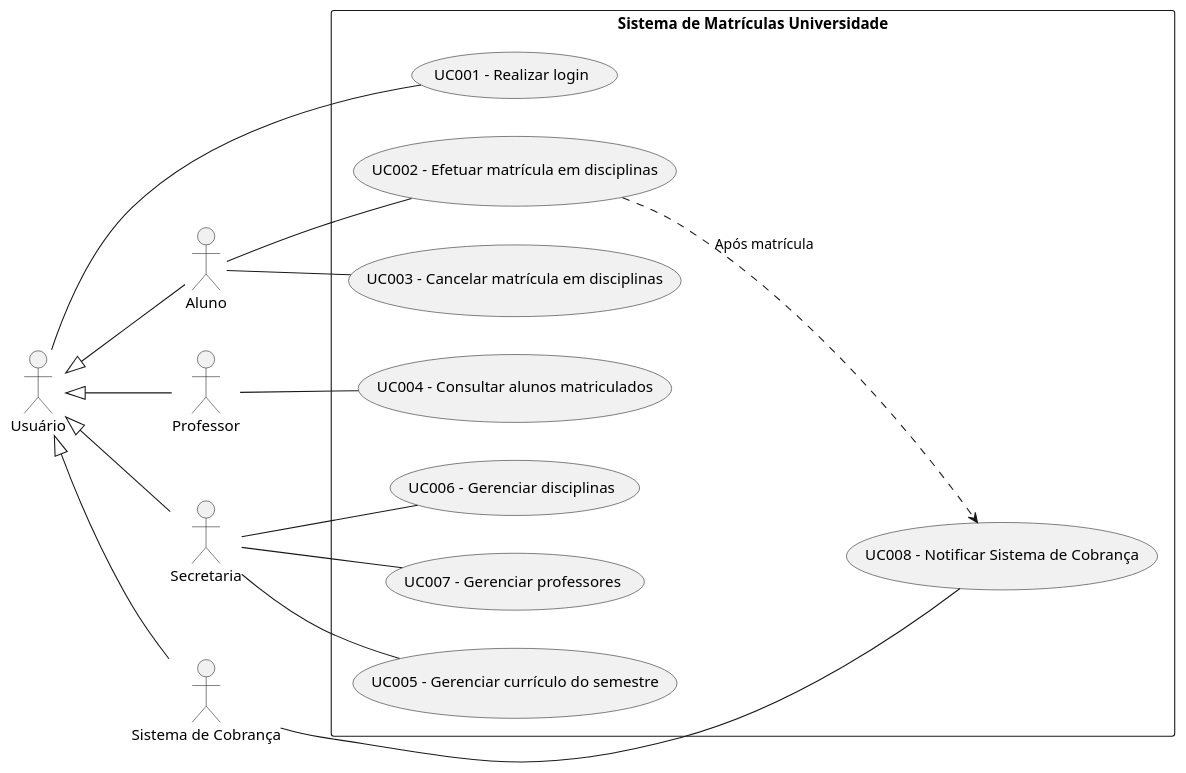
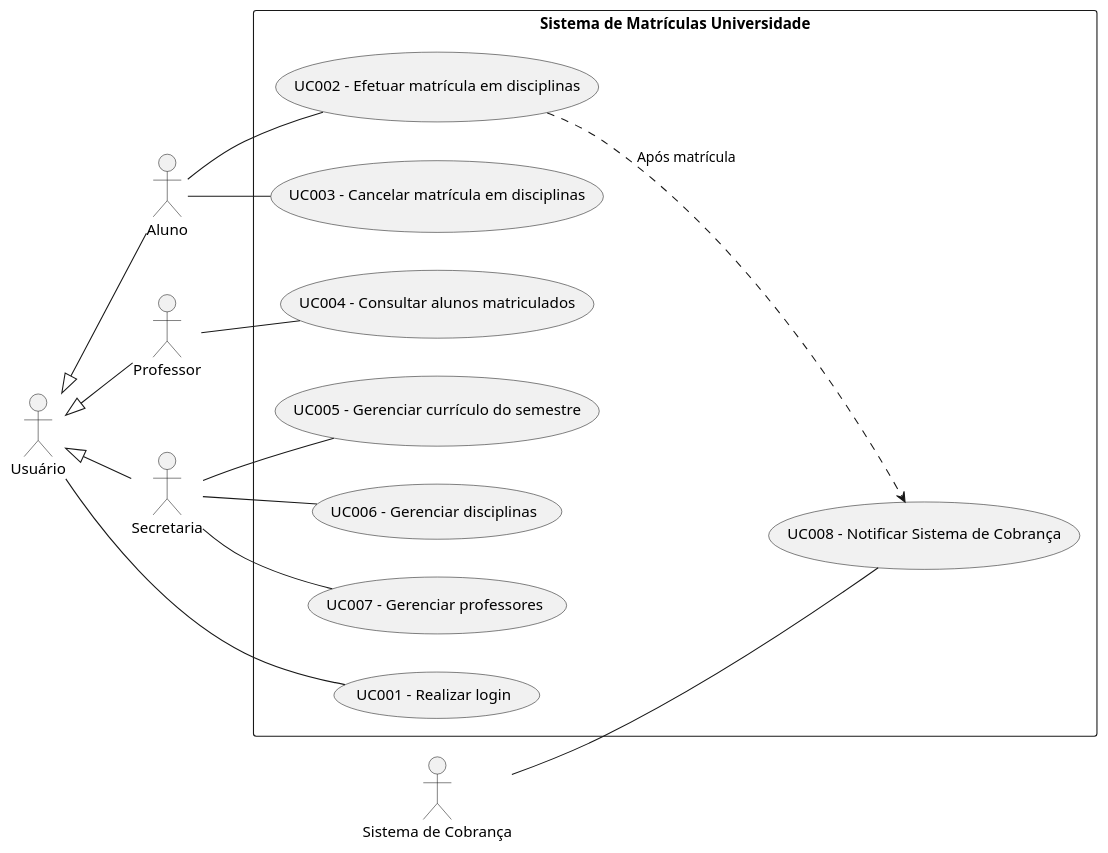
Before and after one commit to kspencerl/enrollment-system: the diagram in Artefatos/Casos de Uso/SistemaMatriculasCasosDeUso.puml, drawn with PlantUML. The commit also changed 1 other file, not shown here.

```diff
--- a/Artefatos/Casos de Uso/SistemaMatriculasCasosDeUso.puml
+++ b/Artefatos/Casos de Uso/SistemaMatriculasCasosDeUso.puml
@@ -1,30 +1,29 @@
 @startuml
 left to right direction
 
 actor "Usuário" as Usuario
 actor "Aluno" as Aluno
 actor "Professor" as Professor
 actor "Secretaria" as Secretaria
 actor "Sistema de Cobrança" as SistemaCobranca
 
 Usuario <|-- Aluno
 Usuario <|-- Professor
 Usuario <|-- Secretaria
-Usuario <|-- SistemaCobranca
 
 rectangle "Sistema de Matrículas Universidade" {
     Usuario -- (UC001 - Realizar login)
 
     Aluno -- (UC002 - Efetuar matrícula em disciplinas)
     Aluno -- (UC003 - Cancelar matrícula em disciplinas)
 
     Professor -- (UC004 - Consultar alunos matriculados)
 
     Secretaria -- (UC005 - Gerenciar currículo do semestre)
     Secretaria -- (UC006 - Gerenciar disciplinas)
     Secretaria -- (UC007 - Gerenciar professores)
 
     (UC002 - Efetuar matrícula em disciplinas) ..> (UC008 - Notificar Sistema de Cobrança) : "Após matrícula"
     SistemaCobranca -- (UC008 - Notificar Sistema de Cobrança)
 }
 @enduml
```
